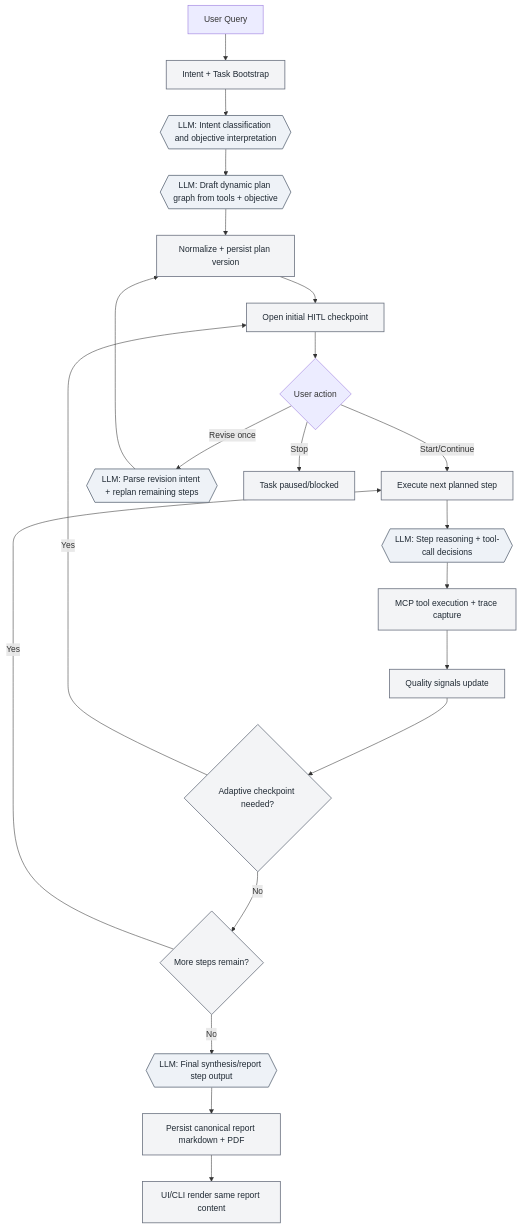
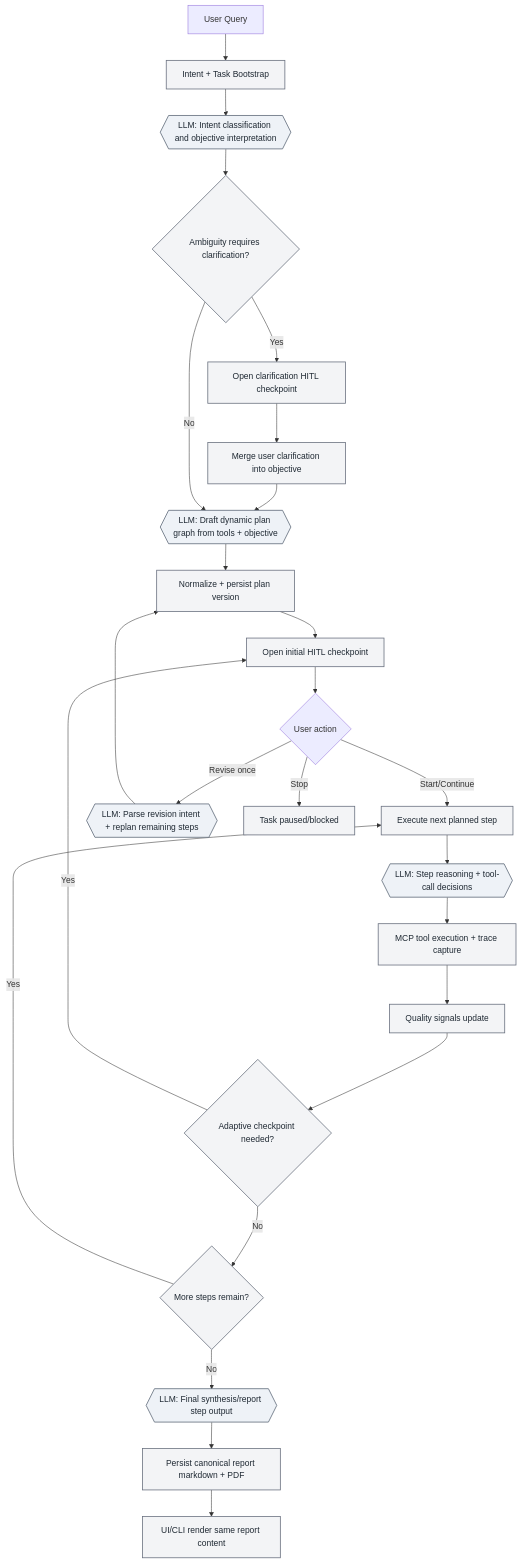
The diagram in README.md (povilaskarvelis/neuro-copilot), drawn with Mermaid before and after one commit. The commit also changed other lines of this file, not shown here.

Commit message:
Clarify README workflow chart with explicit clarification checkpoint branch.
This documents that ambiguity handling is conditional and can open a HITL clarification gate before dynamic planning.

````diff
--- a/README.md
+++ b/README.md
@@ -39,29 +39,33 @@
 ```mermaid
 flowchart TD
     A[User Query] --> B[Intent + Task Bootstrap]
     B --> C{{LLM: Intent classification and objective interpretation}}
-    C --> D{{LLM: Draft dynamic plan graph from tools + objective}}
+    C --> C1{Ambiguity requires clarification?}
+    C1 -->|Yes| C2[Open clarification HITL checkpoint]
+    C2 --> C3[Merge user clarification into objective]
+    C3 --> D{{LLM: Draft dynamic plan graph from tools + objective}}
+    C1 -->|No| D
     D --> E[Normalize + persist plan version]
     E --> F[Open initial HITL checkpoint]
     F --> G{User action}
     G -->|Start/Continue| H[Execute next planned step]
     G -->|Revise once| I{{LLM: Parse revision intent + replan remaining steps}}
     I --> E
     G -->|Stop| Z[Task paused/blocked]
 
     H --> J{{LLM: Step reasoning + tool-call decisions}}
     J --> K[MCP tool execution + trace capture]
     K --> L[Quality signals update]
     L --> M{Adaptive checkpoint needed?}
     M -->|Yes| F
     M -->|No| N{More steps remain?}
     N -->|Yes| H
     N -->|No| O{{LLM: Final synthesis/report step output}}
     O --> P[Persist canonical report markdown + PDF]
     P --> Q[UI/CLI render same report content]
 
     classDef llm fill:#eef2f7,stroke:#5f6b7a,stroke-width:1.5px,color:#1f2933;
     classDef guard fill:#f3f4f6,stroke:#6b7280,stroke-width:1.5px,color:#1f2933;
     class C,D,I,J,O llm;
-    class B,E,F,H,K,L,M,N,P,Q,Z guard;
+    class B,C1,C2,C3,E,F,H,K,L,M,N,P,Q,Z guard;
 ```
````
